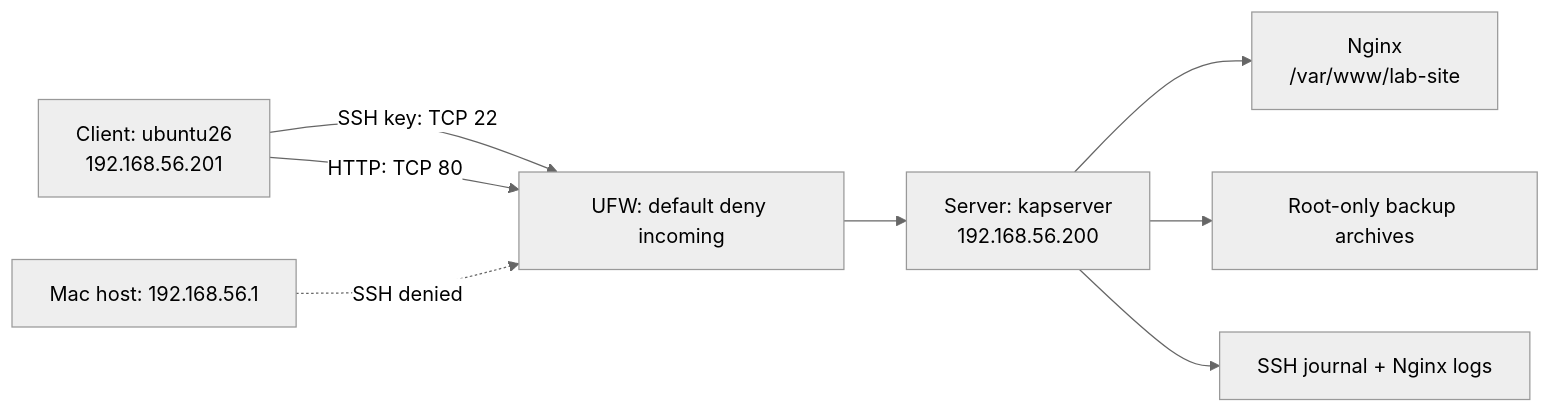
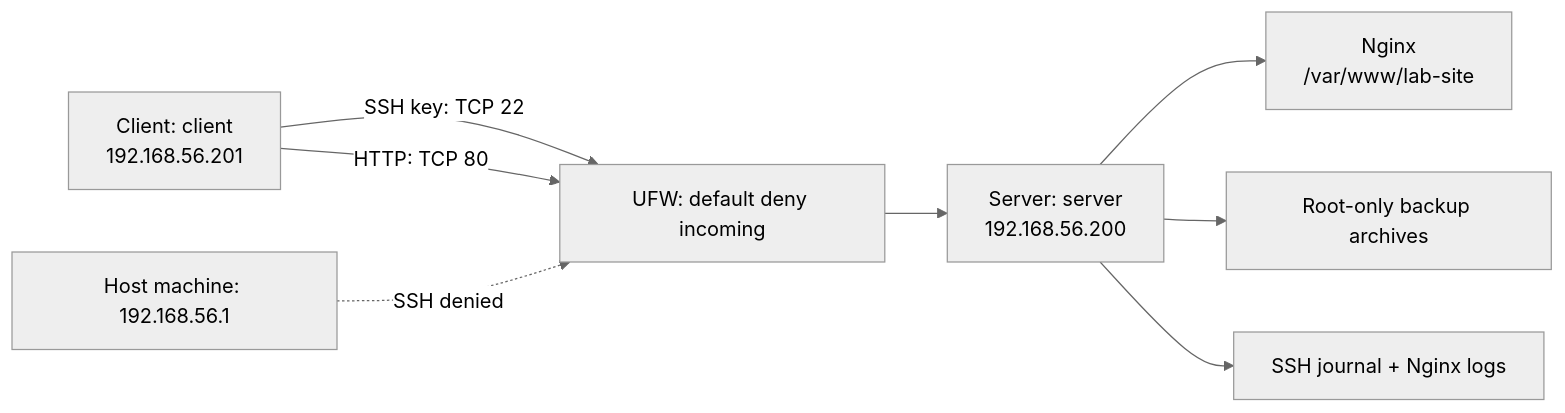
One commit to ayush10x/secure-linux-web-server-lab changed the diagram in README.md. Above: the diagram before and after it, drawn with Mermaid (neutral theme). The commit also changed other lines of this file and 14 other files, not shown here.

````diff
--- a/README.md
+++ b/README.md
@@ -27,10 +29,10 @@
 ```mermaid
 flowchart LR
-    C["Client: ubuntu26<br/>192.168.56.201"] -->|"SSH key: TCP 22"| F["UFW: default deny incoming"]
+    C["Client: client<br/>192.168.56.201"] -->|"SSH key: TCP 22"| F["UFW: default deny incoming"]
     C -->|"HTTP: TCP 80"| F
-    F --> S["Server: kapserver<br/>192.168.56.200"]
+    F --> S["Server: server<br/>192.168.56.200"]
     S --> N["Nginx<br/>/var/www/lab-site"]
     S --> B["Root-only backup archives"]
     S --> L["SSH journal + Nginx logs"]
-    M["Mac host: 192.168.56.1"] -. "SSH denied" .-> F
+    H["Host machine: 192.168.56.1"] -. "SSH denied" .-> F
 ```
````
